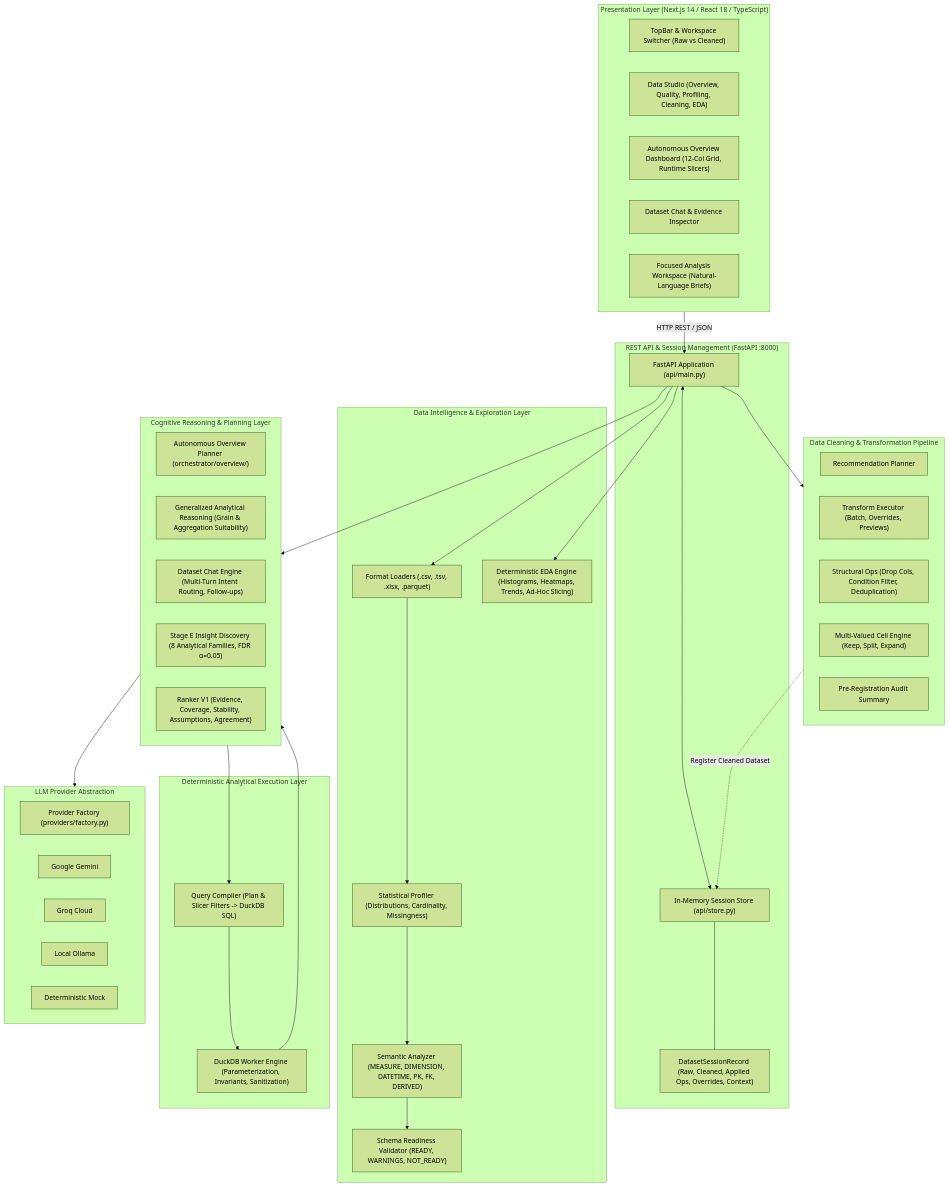
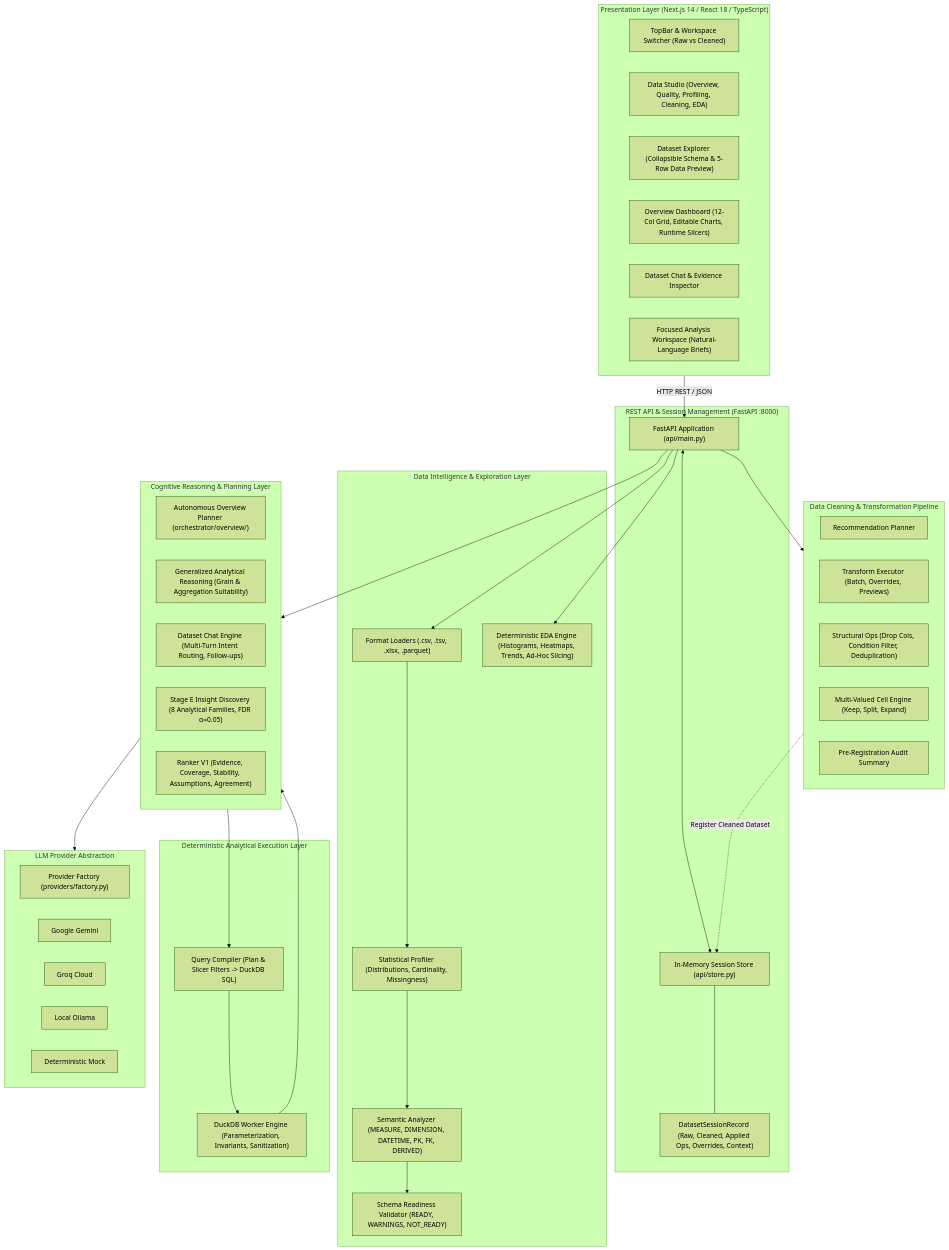
Before and after one commit to Hemanthsai456/AI-Driven-Business-Intelligence-Dashboard-Automation-Platform: the diagram in README.md, drawn with Mermaid (forest theme). The commit also changed other lines of this file and 5 other files, not shown here.

Commit message:
update documentation for editable dashboard and data explorer

````diff
--- a/README.md
+++ b/README.md
@@ -13,68 +13,69 @@
 ```mermaid
 flowchart TD
     subgraph UI ["Presentation Layer (Next.js 14 / React 18 / TypeScript)"]
         TopBar["TopBar & Workspace Switcher (Raw vs Cleaned)"]
         DataStudio["Data Studio (Overview, Quality, Profiling, Cleaning, EDA)"]
-        Dashboard["Autonomous Overview Dashboard (12-Col Grid, Runtime Slicers)"]
+        DatasetExplorerUI["Dataset Explorer (Collapsible Schema & 5-Row Data Preview)"]
+        Dashboard["Overview Dashboard (12-Col Grid, Editable Charts, Runtime Slicers)"]
         Chat["Dataset Chat & Evidence Inspector"]
         Analysis["Focused Analysis Workspace (Natural-Language Briefs)"]
     end
 
     subgraph API ["REST API & Session Management (FastAPI :8000)"]
         Router["FastAPI Application (api/main.py)"]
         Store["In-Memory Session Store (api/store.py)"]
         Record["DatasetSessionRecord (Raw, Cleaned, Applied Ops, Overrides, Context)"]
     end
 
     subgraph Intelligence ["Data Intelligence & Exploration Layer"]
         Ingest["Format Loaders (.csv, .tsv, .xlsx, .parquet)"]
         Profile["Statistical Profiler (Distributions, Cardinality, Missingness)"]
         Semantics["Semantic Analyzer (MEASURE, DIMENSION, DATETIME, PK, FK, DERIVED)"]
         Readiness["Schema Readiness Validator (READY, WARNINGS, NOT_READY)"]
         EDA["Deterministic EDA Engine (Histograms, Heatmaps, Trends, Ad-Hoc Slicing)"]
     end
 
     subgraph CleaningLayer ["Data Cleaning & Transformation Pipeline"]
         Planner["Recommendation Planner"]
         Executor["Transform Executor (Batch, Overrides, Previews)"]
         Structural["Structural Ops (Drop Cols, Condition Filter, Deduplication)"]
         MultiValued["Multi-Valued Cell Engine (Keep, Split, Expand)"]
         Summary["Pre-Registration Audit Summary"]
     end
 
     subgraph Cognitive ["Cognitive Reasoning & Planning Layer"]
         OverviewPlanner["Autonomous Overview Planner (orchestrator/overview/)"]
         ReasoningEngine["Generalized Analytical Reasoning (Grain & Aggregation Suitability)"]
         ChatEngine["Dataset Chat Engine (Multi-Turn Intent Routing, Follow-ups)"]
         DiscoveryEngine["Stage E Insight Discovery (8 Analytical Families, FDR α=0.05)"]
         Ranker["Ranker V1 (Evidence, Coverage, Stability, Assumptions, Agreement)"]
     end
 
     subgraph Engine ["Deterministic Analytical Execution Layer"]
         Compiler["Query Compiler (Plan & Slicer Filters -> DuckDB SQL)"]
         DuckDB["DuckDB Worker Engine (Parameterization, Invariants, Sanitization)"]
     end
 
     subgraph Providers ["LLM Provider Abstraction"]
         Factory["Provider Factory (providers/factory.py)"]
         GeminiAdapter["Google Gemini"]
         GroqAdapter["Groq Cloud"]
         OllamaAdapter["Local Ollama"]
         MockAdapter["Deterministic Mock"]
     end
 
     UI -->|HTTP REST / JSON| Router
     Router <--> Store
     Store --- Record
 
     Router --> Ingest --> Profile --> Semantics --> Readiness
     Router --> CleaningLayer
     Router --> EDA
 
     Router --> Cognitive
     Cognitive --> Providers
     Cognitive --> Compiler
     Compiler --> DuckDB
     DuckDB --> Cognitive
     CleaningLayer -.->|Register Cleaned Dataset| Store
 ```
````
